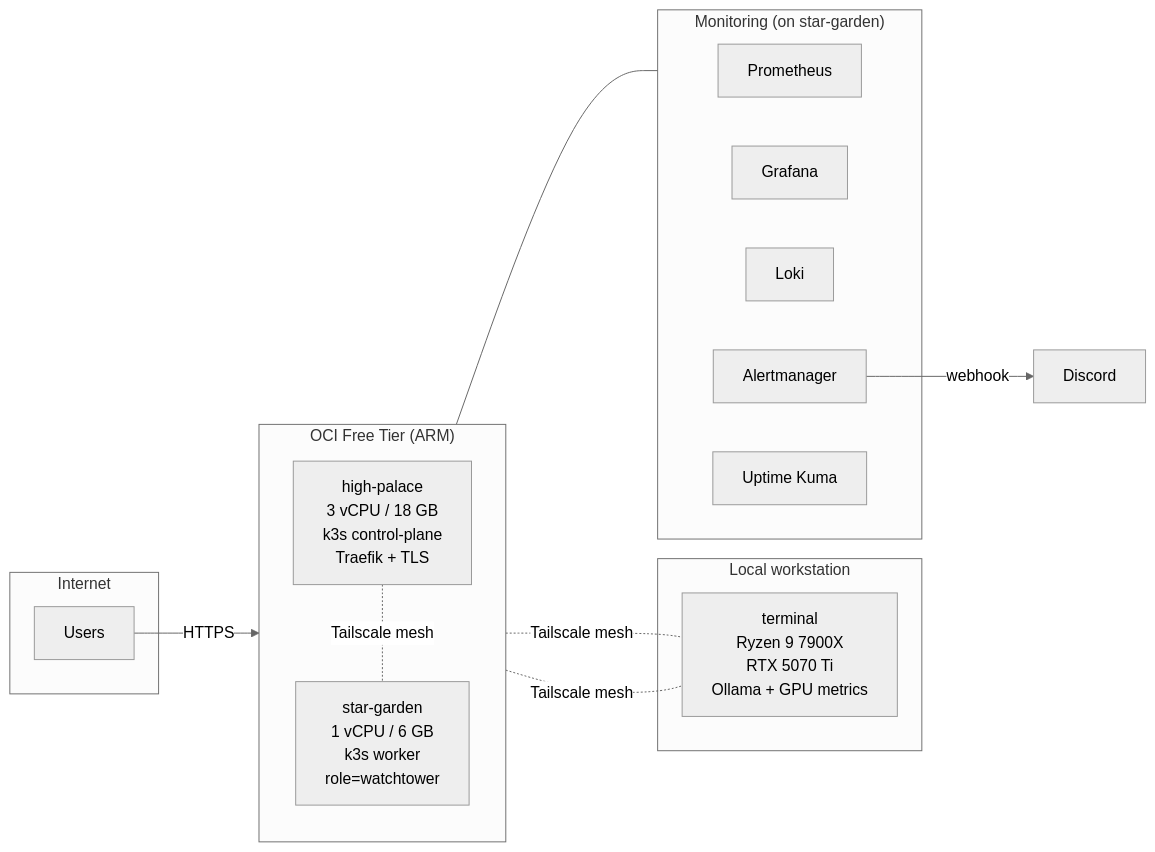
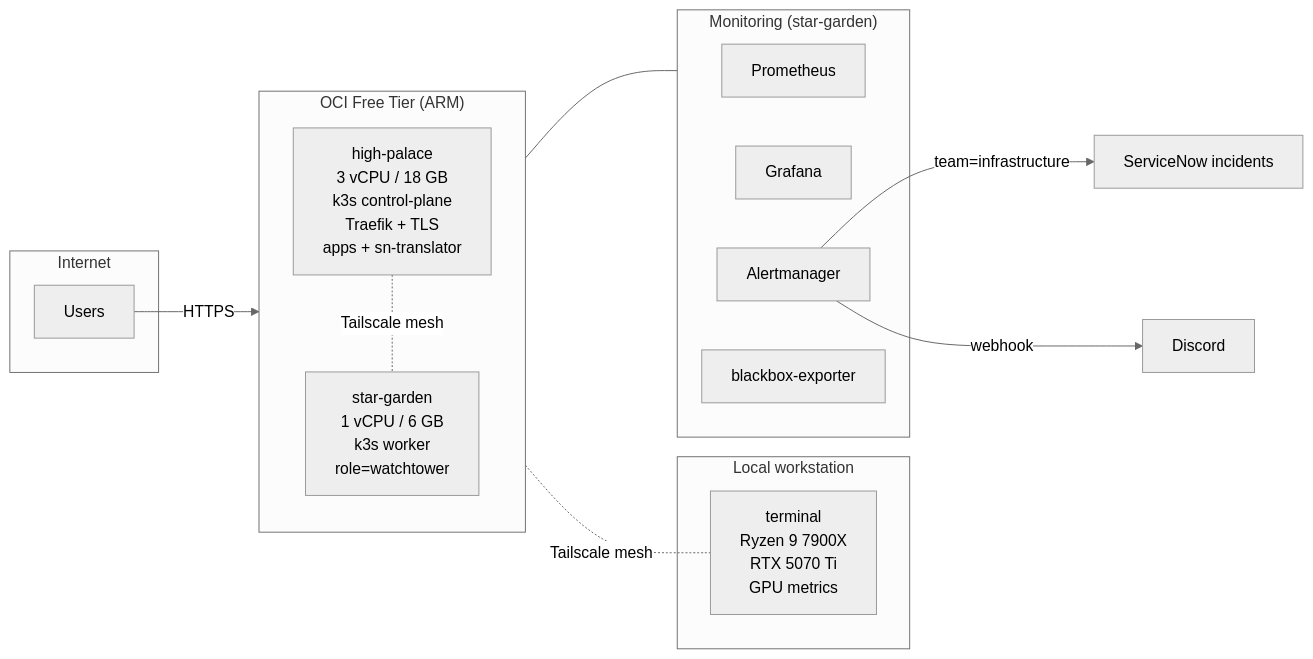
Before and after one commit to grntsmth/homelab: the diagram in README.md, drawn with Mermaid (neutral theme). The commit also changed other lines of this file and 21 other files, not shown here.

````diff
--- a/README.md
+++ b/README.md
@@ -7,31 +7,30 @@
 ```mermaid
 flowchart LR
     subgraph Internet
         U[Users]
     end
 
     subgraph OCI["OCI Free Tier (ARM)"]
         direction TB
-        HP["high-palace<br/>3 vCPU / 18 GB<br/>k3s control-plane<br/>Traefik + TLS"]
+        HP["high-palace<br/>3 vCPU / 18 GB<br/>k3s control-plane<br/>Traefik + TLS<br/>apps + sn-translator"]
         SG["star-garden<br/>1 vCPU / 6 GB<br/>k3s worker<br/>role=watchtower"]
     end
 
     subgraph Local["Local workstation"]
-        TM["terminal<br/>Ryzen 9 7900X<br/>RTX 5070 Ti<br/>Ollama + GPU metrics"]
+        TM["terminal<br/>Ryzen 9 7900X<br/>RTX 5070 Ti<br/>GPU metrics"]
     end
 
-    subgraph Mon["Monitoring (on star-garden)"]
+    subgraph Mon["Monitoring (star-garden)"]
         P[Prometheus]
         G[Grafana]
-        L[Loki]
         A[Alertmanager]
-        U2[Uptime Kuma]
+        B[blackbox-exporter]
     end
 
     U -->|HTTPS| HP
     HP -.Tailscale mesh.- SG
     HP -.Tailscale mesh.- TM
-    SG -.Tailscale mesh.- TM
     SG --- Mon
+    A -->|team=infrastructure| SN[ServiceNow incidents]
     A -->|webhook| D[Discord]
 ```
````
